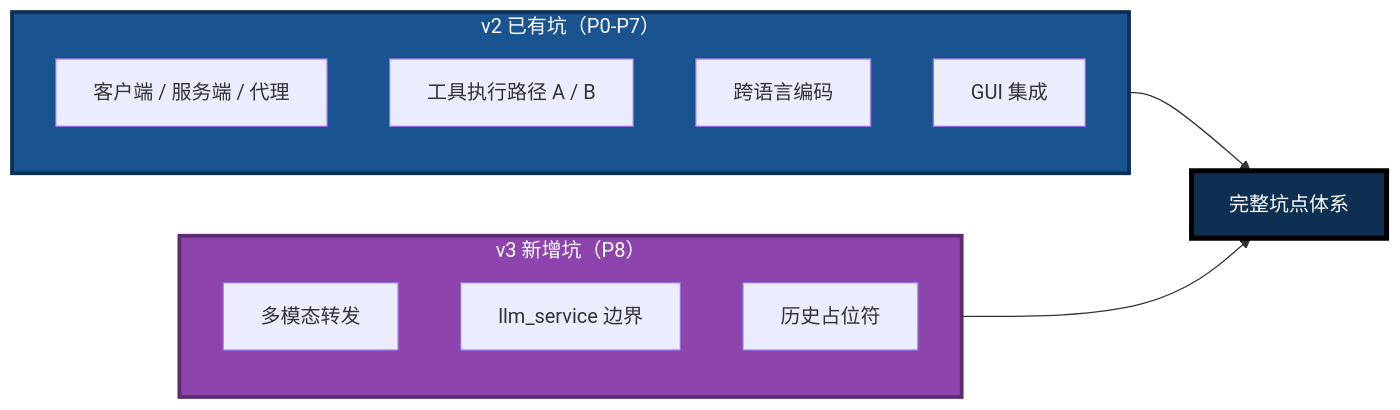
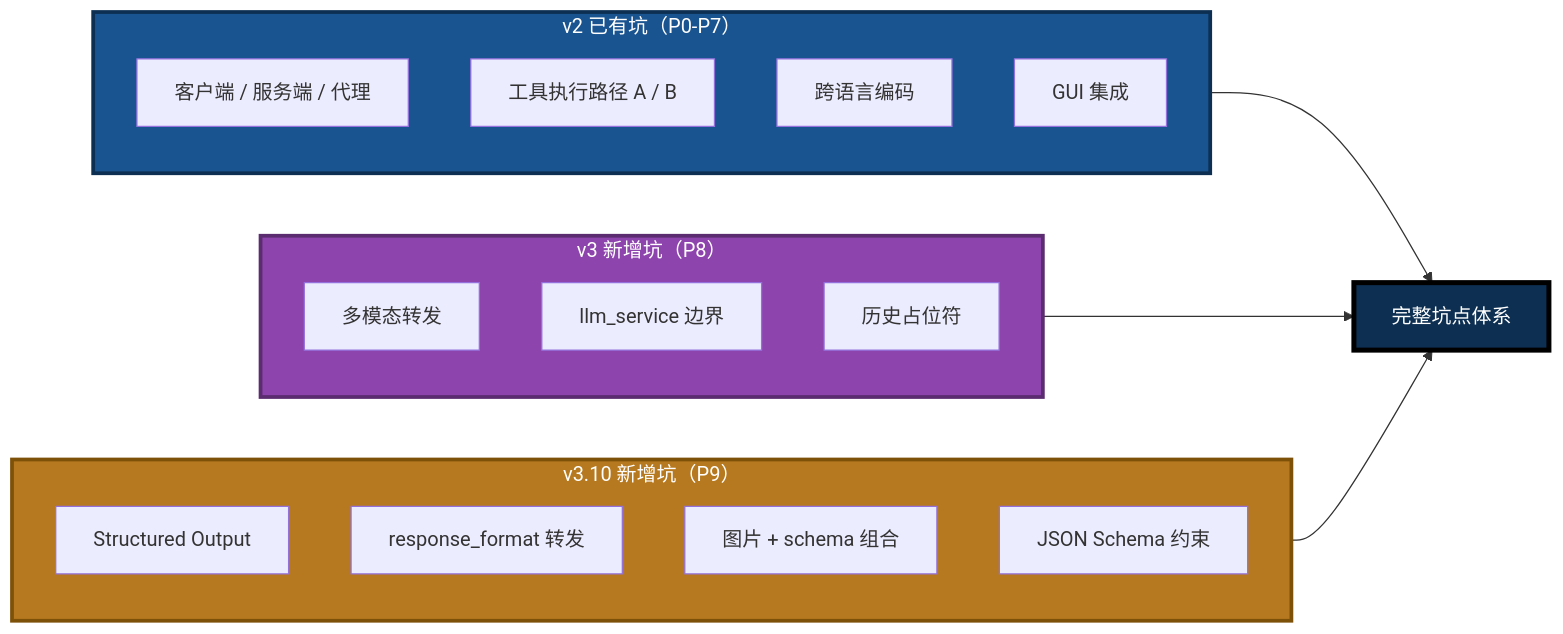
One commit to PassByYou888/LingoFuse-pasAgent-v3 changed the sixth of 7 diagrams in src/LingoFuse_LLM_Pitfalls_For_AI.md. Above: the diagram before and after it, drawn with Mermaid. The commit also changed other lines of this file, not shown here.

````diff
--- a/src/LingoFuse_LLM_Pitfalls_For_AI.md
+++ b/src/LingoFuse_LLM_Pitfalls_For_AI.md
@@ -1612,22 +2691,31 @@
 ```mermaid
 flowchart LR
     subgraph V2["v2 已有坑（P0-P7）"]
         A1["客户端 / 服务端 / 代理"]
         A2["工具执行路径 A / B"]
         A3["跨语言编码"]
         A4["GUI 集成"]
     end
 
     subgraph V3["v3 新增坑（P8）"]
         B1["多模态转发"]
         B2["llm_service 边界"]
         B3["历史占位符"]
     end
 
+    subgraph V310["v3.10 新增坑（P9）"]
+        C1["Structured Output"]
+        C2["response_format 转发"]
+        C3["图片 + schema 组合"]
+        C4["JSON Schema 约束"]
+    end
+
     V2 --> FULL["完整坑点体系"]
     V3 --> FULL
+    V310 --> FULL
 
     style V2 fill:#1A5490,stroke:#0D2F52,stroke-width:3px,color:#FFFFFF
     style V3 fill:#8E44AD,stroke:#5B2C6F,stroke-width:3px,color:#FFFFFF
+    style V310 fill:#B7791F,stroke:#7E5109,stroke-width:3px,color:#FFFFFF
     style FULL fill:#0D2F52,stroke:#000000,stroke-width:4px,color:#FFFFFF
 ```
````
